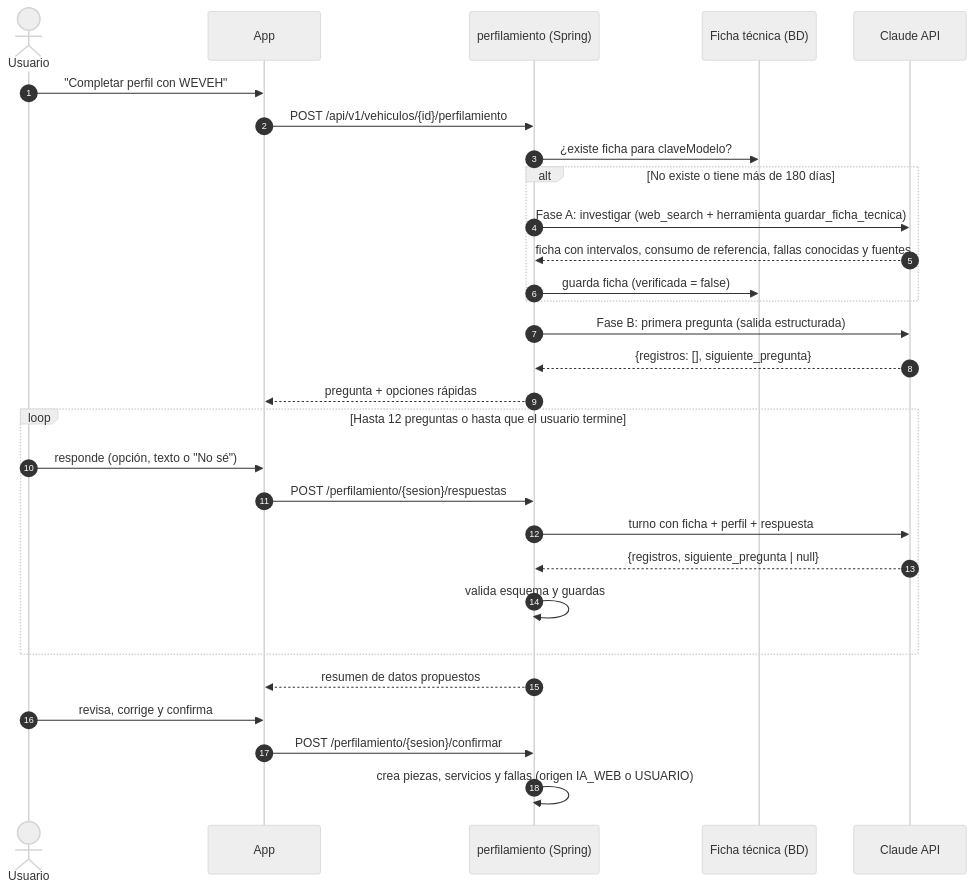
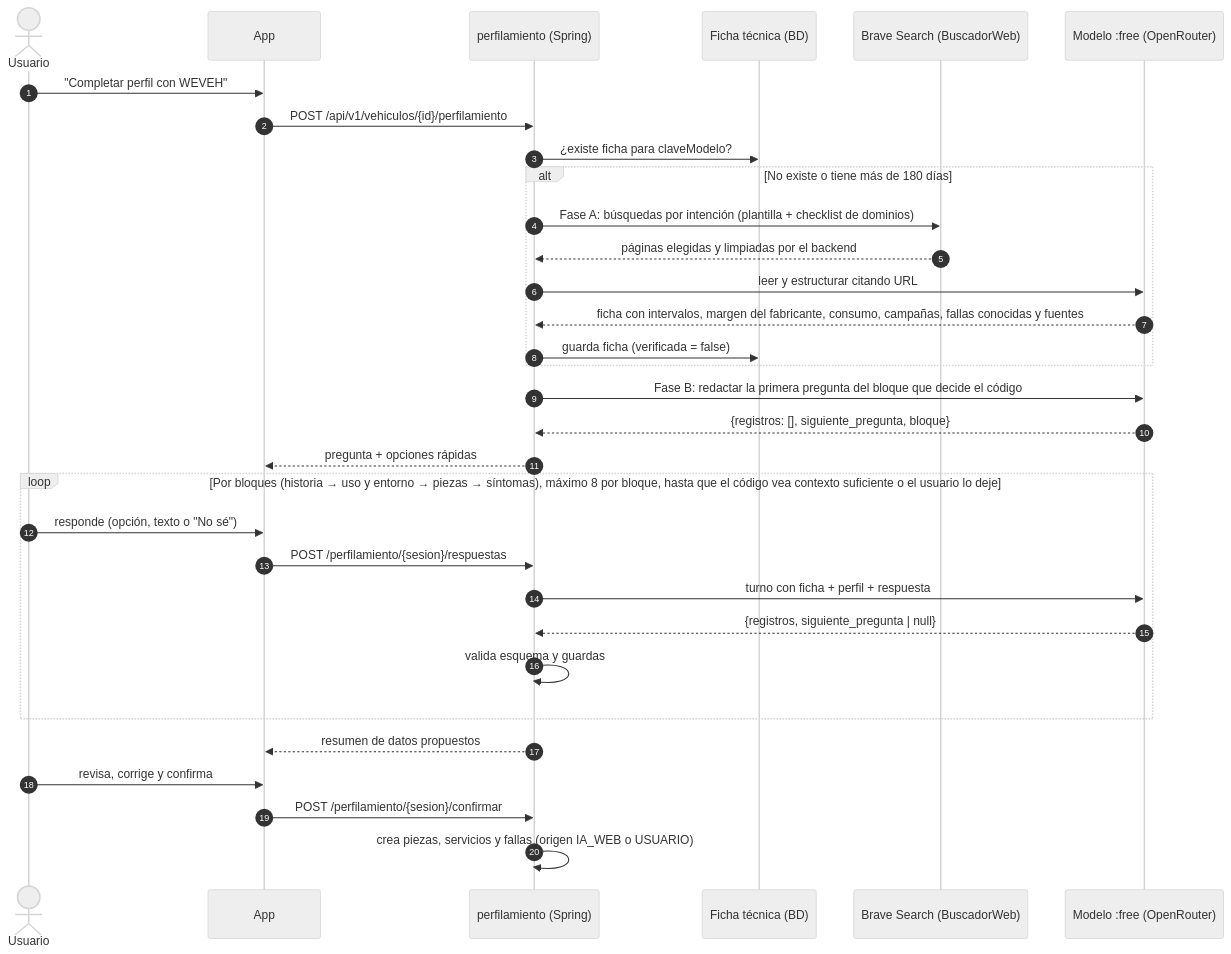
The diagram in plugins/weveh-dev/skills/agente-perfilador/SKILL.md (PaLuRoBu0809/WEVEH-CAR-ASSISTANT), drawn with Mermaid (neutral theme) before and after one commit. The commit also changed other lines of this file and 9 other files, not shown here.

````diff
--- a/plugins/weveh-dev/skills/agente-perfilador/SKILL.md
+++ b/plugins/weveh-dev/skills/agente-perfilador/SKILL.md
@@ -12,31 +14,34 @@
 ```mermaid
 sequenceDiagram
   autonumber
   actor U as Usuario
   participant App
   participant API as perfilamiento (Spring)
   participant FT as Ficha técnica (BD)
-  participant C as Claude API
+  participant B as Brave Search (BuscadorWeb)
+  participant C as Modelo :free (OpenRouter)
   U->>App: "Completar perfil con WEVEH"
   App->>API: POST /api/v1/vehiculos/{id}/perfilamiento
   API->>FT: ¿existe ficha para claveModelo?
   alt No existe o tiene más de 180 días
-    API->>C: Fase A: investigar (web_search + herramienta guardar_ficha_tecnica)
-    C-->>API: ficha con intervalos, consumo de referencia, fallas conocidas y fuentes
+    API->>B: Fase A: búsquedas por intención (plantilla + checklist de dominios)
+    B-->>API: páginas elegidas y limpiadas por el backend
+    API->>C: leer y estructurar citando URL
+    C-->>API: ficha con intervalos, margen del fabricante, consumo, campañas, fallas conocidas y fuentes
     API->>FT: guarda ficha (verificada = false)
   end
-  API->>C: Fase B: primera pregunta (salida estructurada)
-  C-->>API: {registros: [], siguiente_pregunta}
+  API->>C: Fase B: redactar la primera pregunta del bloque que decide el código
+  C-->>API: {registros: [], siguiente_pregunta, bloque}
   API-->>App: pregunta + opciones rápidas
-  loop Hasta 12 preguntas o hasta que el usuario termine
+  loop Por bloques (historia → uso y entorno → piezas → síntomas), máximo 8 por bloque, hasta que el código vea contexto suficiente o el usuario lo deje
     U->>App: responde (opción, texto o "No sé")
     App->>API: POST /perfilamiento/{sesion}/respuestas
     API->>C: turno con ficha + perfil + respuesta
     C-->>API: {registros, siguiente_pregunta | null}
     API->>API: valida esquema y guardas
   end
   API-->>App: resumen de datos propuestos
   U->>App: revisa, corrige y confirma
   App->>API: POST /perfilamiento/{sesion}/confirmar
   API->>API: crea piezas, servicios y fallas (origen IA_WEB o USUARIO)
 ```
````
